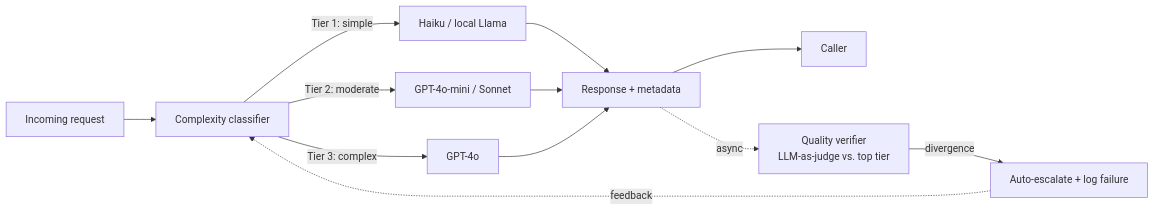
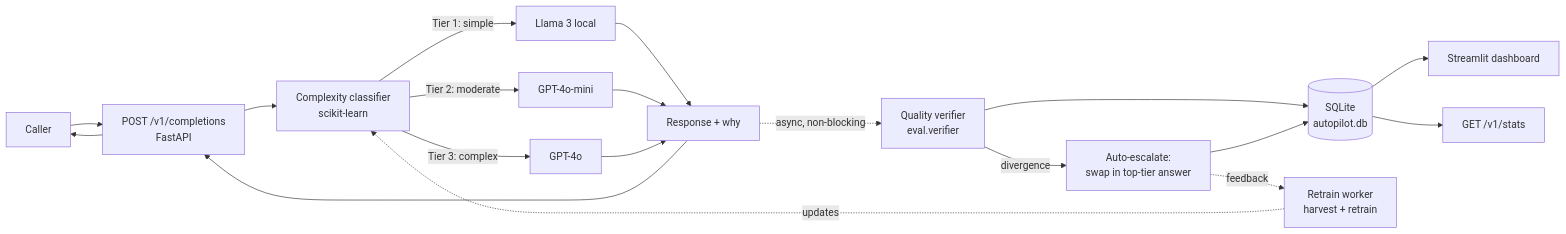
Before and after one commit to SihanZhan/llm-cost-autopilot: the diagram in README.md, drawn with Mermaid. The commit also changed other lines of this file and 2 other files, not shown here.

````diff
--- a/README.md
+++ b/README.md
@@ -20,14 +23,22 @@
 ```mermaid
 flowchart LR
-    req[Incoming request] --> clf[Complexity classifier]
-    clf -->|Tier 1: simple| cheap[Haiku / local Llama]
-    clf -->|Tier 2: moderate| mid[GPT-4o-mini / Sonnet]
+    user[Caller] --> api[POST /v1/completions<br/>FastAPI]
+    api --> clf[Complexity classifier<br/>scikit-learn]
+    clf -->|Tier 1: simple| cheap[Llama 3 local]
+    clf -->|Tier 2: moderate| mid[GPT-4o-mini]
     clf -->|Tier 3: complex| top[GPT-4o]
-    cheap --> resp[Response + metadata]
+    cheap --> resp[Response + why]
     mid --> resp
     top --> resp
-    resp --> user[Caller]
-    resp -.async.-> verify[Quality verifier<br/>LLM-as-judge vs. top tier]
-    verify -->|divergence| esc[Auto-escalate + log failure]
-    esc -.feedback.-> clf
+    resp --> api
+    api --> user
+
+    resp -.async, non-blocking.-> verify[Quality verifier<br/>eval.verifier]
+    verify -->|divergence| esc[Auto-escalate:<br/>swap in top-tier answer]
+    verify --> logdb[(SQLite<br/>autopilot.db)]
+    esc --> logdb
+    esc -.feedback.-> worker[Retrain worker<br/>harvest + retrain]
+    worker -.updates.-> clf
+    logdb --> dash[Streamlit dashboard]
+    logdb --> stats[GET /v1/stats]
 ```
````
